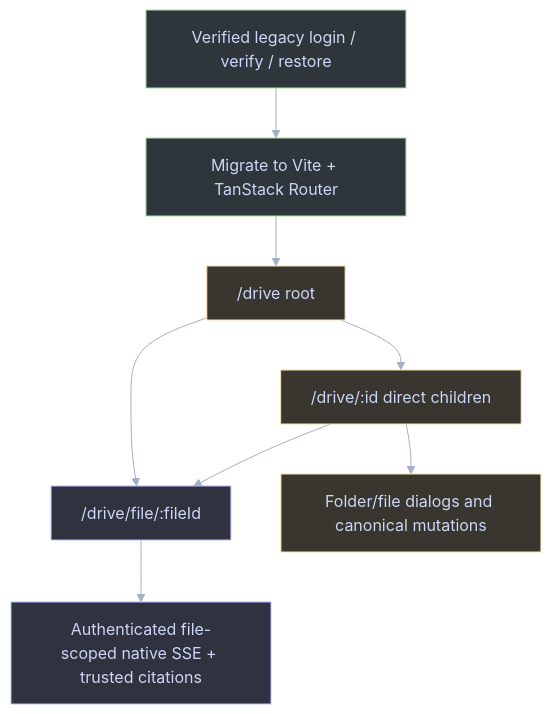
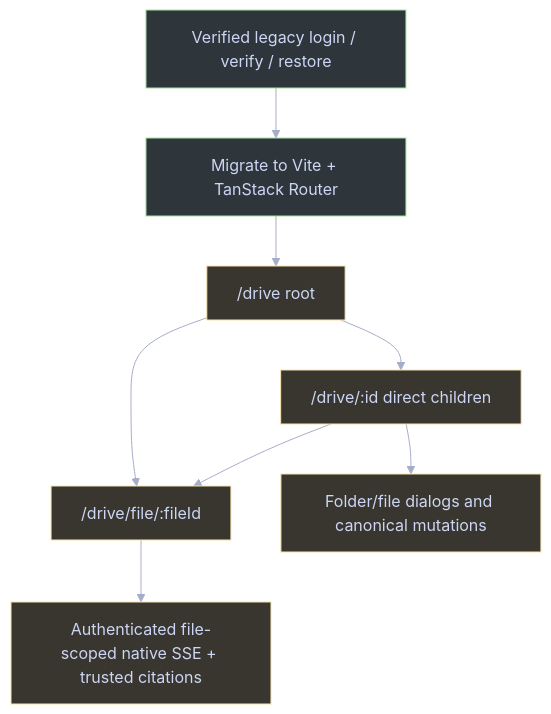
One commit to RyxnDmello/atlas changed the first of 4 diagrams in client/AGENTS.md. Above: the diagram before and after it, drawn with Mermaid. The commit also changed other lines of this file and 35 other files, not shown here.

````diff
--- a/client/AGENTS.md
+++ b/client/AGENTS.md
@@ -58,17 +58,17 @@
 ```mermaid
 %%{init: {'theme': 'base', 'themeVariables': {'background': '#1e1e2e', 'primaryColor': '#45475a', 'primaryTextColor': '#cdd6f4', 'primaryBorderColor': '#89b4fa', 'lineColor': '#a6adc8', 'secondaryColor': '#313244', 'tertiaryColor': '#181825', 'fontFamily': 'Inter, sans-serif'}}}%%
 flowchart TD
     Auth["Verified legacy login / verify / restore"] --> Migrate["Migrate to Vite + TanStack Router"]
     Migrate --> Root["/drive root"]
     Root --> Folder["/drive/:id direct children"]
     Root --> File["/drive/file/:fileId"]
     Folder --> File
     Folder --> Mutate["Folder/file dialogs and canonical mutations"]
     File --> Ask["Authenticated file-scoped native SSE + trusted citations"]
     class Auth,Migrate verified;
     class Root,Folder,Mutate caution;
-    class File,Ask planned;
+    class File,Ask caution;
     classDef verified fill:#2e363c,stroke:#a6e3a1,stroke-width:1px,color:#cdd6f4;
     classDef planned fill:#30323f,stroke:#b4befe,stroke-width:1px,color:#cdd6f4;
     classDef caution fill:#38362e,stroke:#f9e2af,stroke-width:1px,color:#cdd6f4;
 ```
````
